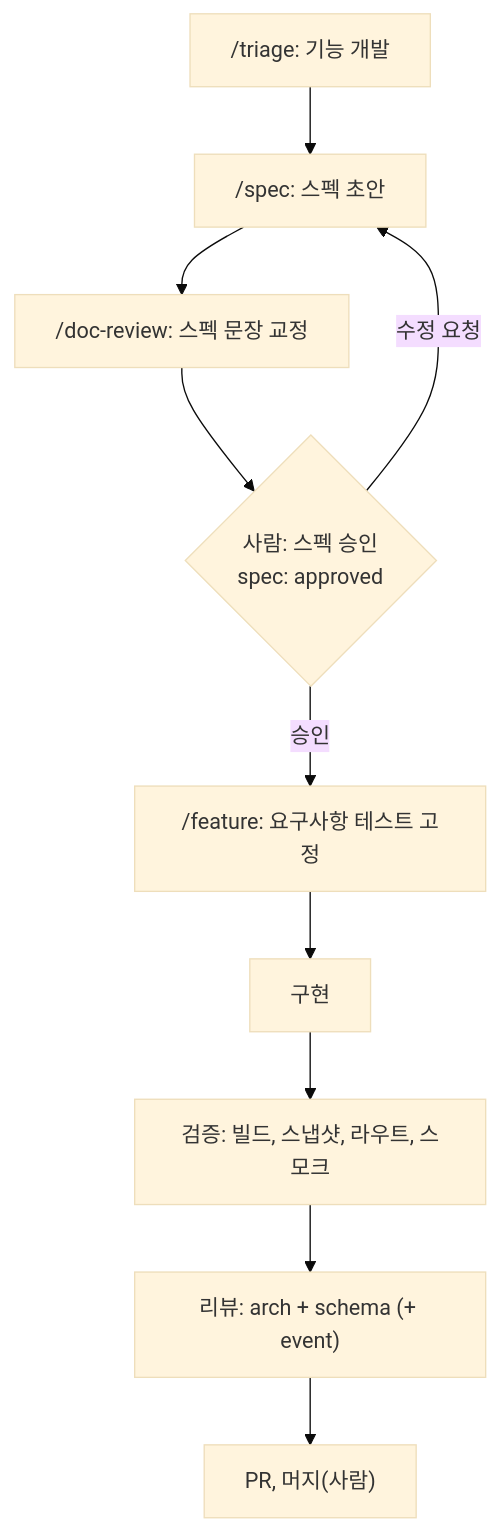
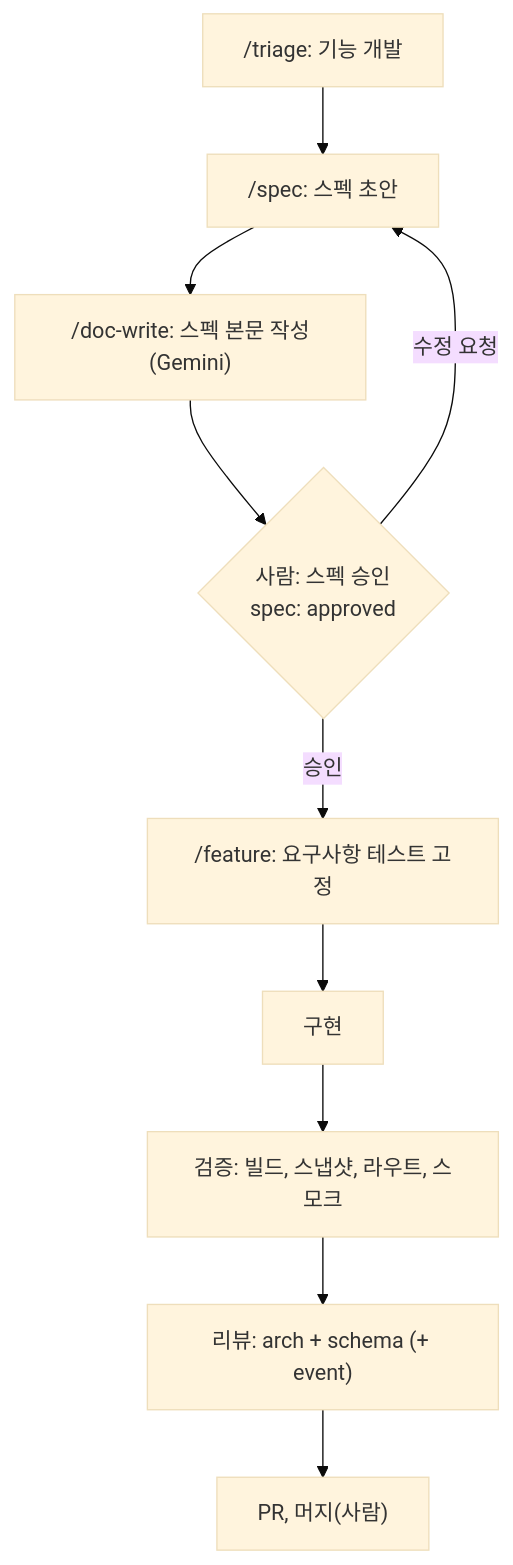
The diagram in docs/ai-system/playbooks/group-b.md (bstaran/CC-Creator-Culture), drawn with Mermaid (base theme) before and after one commit. The commit also changed other lines of this file and 14 other files, not shown here.

````diff
--- a/docs/ai-system/playbooks/group-b.md
+++ b/docs/ai-system/playbooks/group-b.md
@@ -8,12 +8,12 @@
 ```mermaid
 flowchart TD
   T["/triage: 기능 개발"] --> S["/spec: 스펙 초안"]
-  S --> D["/doc-review: 스펙 문장 교정"]
+  S --> D["/doc-write: 스펙 본문 작성(Gemini)"]
   D --> A{"사람: 스펙 승인<br/>spec: approved"}
   A -->|"수정 요청"| S
   A -->|"승인"| F["/feature: 요구사항 테스트 고정"]
   F --> I["구현"]
   I --> V["검증: 빌드, 스냅샷, 라우트, 스모크"]
   V --> R["리뷰: arch + schema (+ event)"]
   R --> P["PR, 머지(사람)"]
 ```
````
